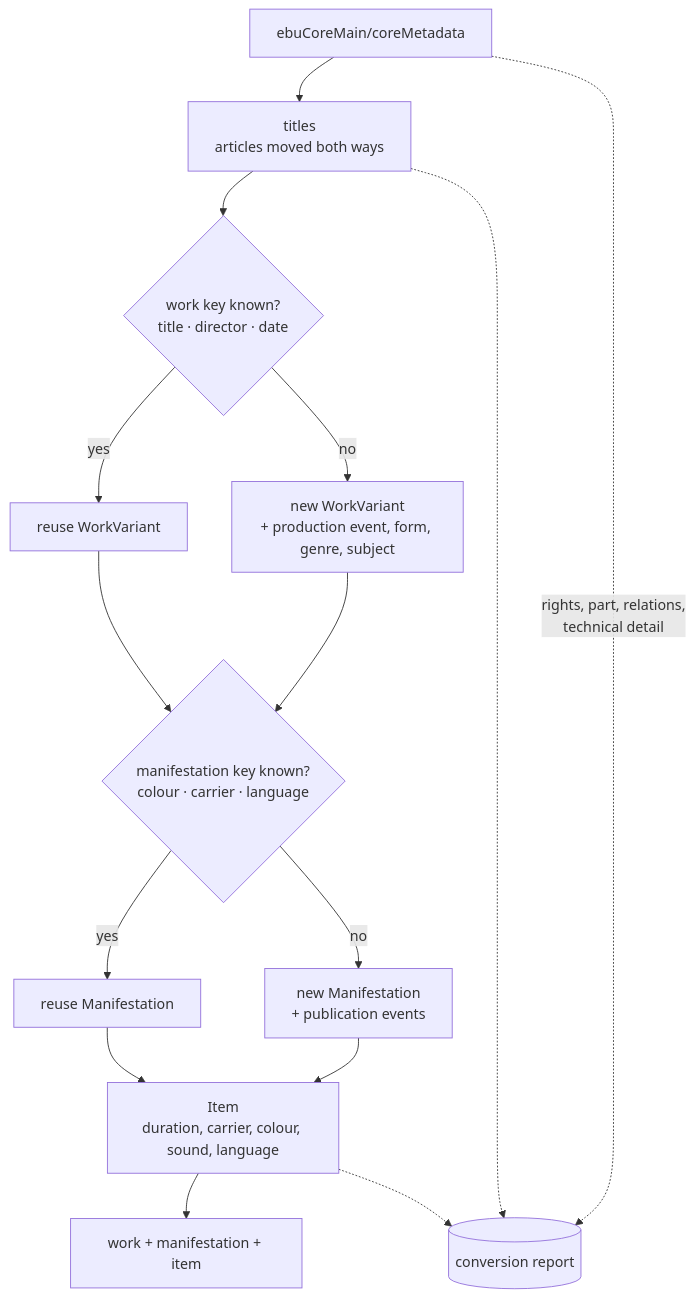
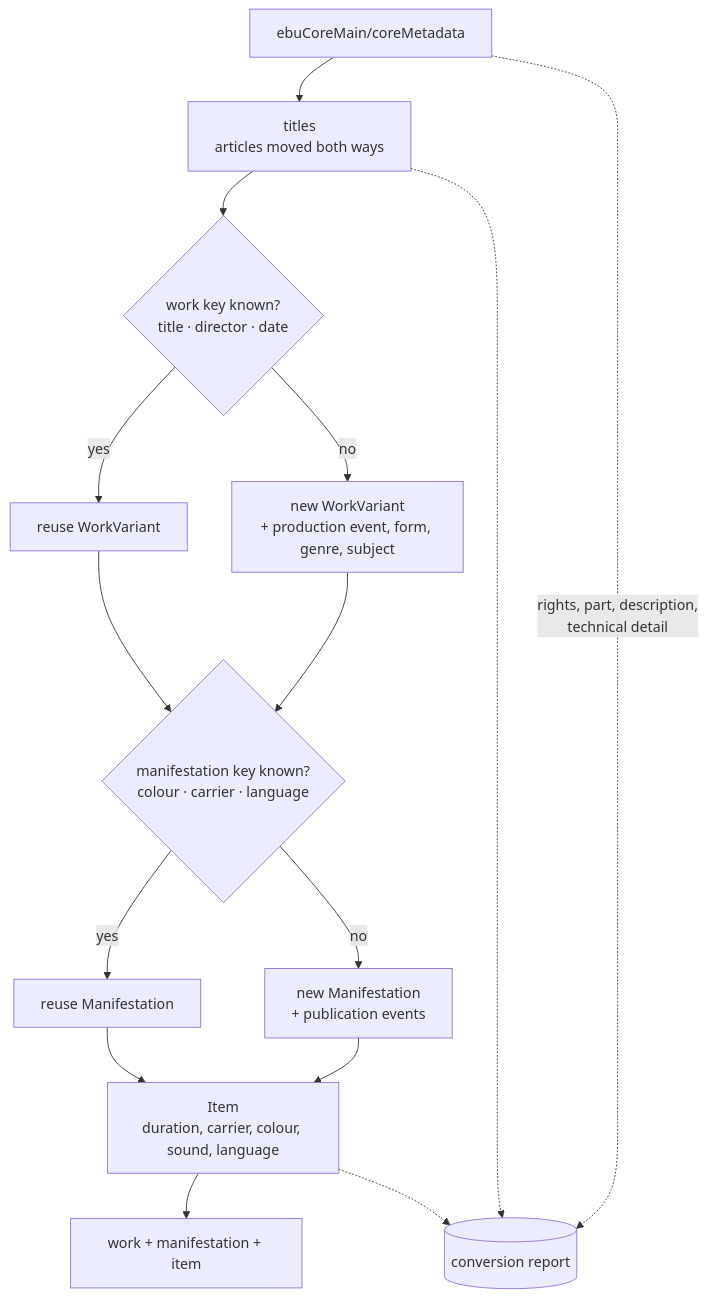
Before and after one commit to andreaskasper/avefi-converter: the diagram in src/efi_conv/ebucore/README.md, drawn with Mermaid. The commit also changed other lines of this file and 54 other files, not shown here.

````diff
--- a/src/efi_conv/ebucore/README.md
+++ b/src/efi_conv/ebucore/README.md
@@ -84,17 +84,17 @@
 ```mermaid
 flowchart TD
     IN["ebuCoreMain/coreMetadata"] --> T["titles<br/>articles moved both ways"]
     T --> WK{"work key known?<br/>title · director · date"}
     WK -->|yes| REUSE["reuse WorkVariant"]
     WK -->|no| NEW["new WorkVariant<br/>+ production event, form, genre, subject"]
     REUSE --> MK
     NEW --> MK{"manifestation key known?<br/>colour · carrier · language"}
     MK -->|yes| MREUSE["reuse Manifestation"]
     MK -->|no| MNEW["new Manifestation<br/>+ publication events"]
     MREUSE --> IT["Item<br/>duration, carrier, colour, sound, language"]
     MNEW --> IT
     IT --> OUT["work + manifestation + item"]
-    IN -.->|"rights, part, relations,<br/>technical detail"| REP[("conversion report")]
+    IN -.->|"rights, part, description,<br/>technical detail"| REP[("conversion report")]
     T -.-> REP
     IT -.-> REP
 ```
````
